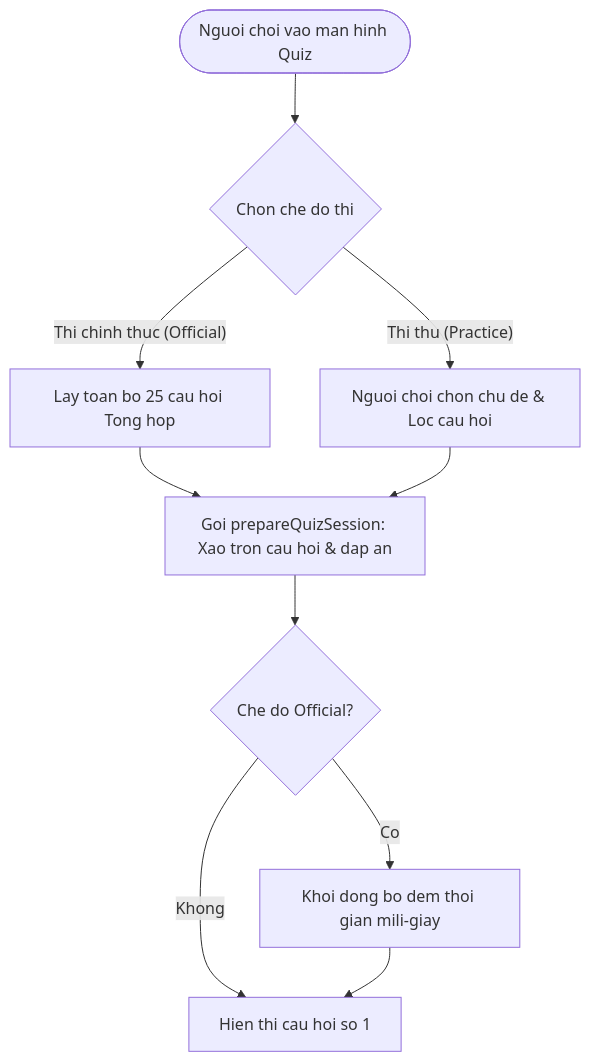
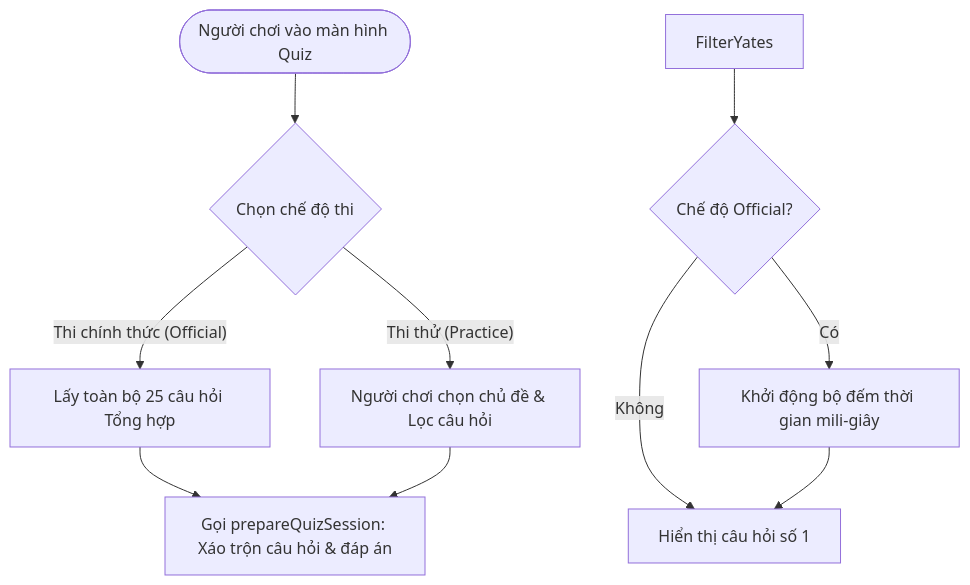
The third of 10 diagrams in MO_TA_HE_THONG.md (ZangKai2k3/dak-song-quest), drawn with Mermaid before and after one commit. The commit also changed other lines of this file and 2 other files, not shown here.

Commit message:
docs: chuyen doi toan bo file md sang tieng Viet co dau chuan chinh, khong emoji

````diff
--- a/MO_TA_HE_THONG.md
+++ b/MO_TA_HE_THONG.md
@@ -307,12 +307,12 @@
 ```mermaid
 flowchart TD
-    StartB([Nguoi choi vao man hinh Quiz]) --> ChooseMode{Chon che do thi}
-    ChooseMode -- "Thi chinh thuc (Official)" --> LoadAllQuestions[Lay toan bo 25 cau hoi Tong hop]
-    ChooseMode -- "Thi thu (Practice)" --> FilterCategory[Nguoi choi chon chu de & Loc cau hoi]
-    LoadAllQuestions --> FisherYates[Goi prepareQuizSession: Xao tron cau hoi & dap an]
+    StartB(["Người chơi vào màn hình Quiz"]) --> ChooseMode{"Chọn chế độ thi"}
+    ChooseMode -- "Thi chính thức (Official)" --> LoadAllQuestions["Lấy toàn bộ 25 câu hỏi Tổng hợp"]
+    ChooseMode -- "Thi thử (Practice)" --> FilterCategory["Người chơi chọn chủ đề & Lọc câu hỏi"]
+    LoadAllQuestions --> FisherYates["Gọi prepareQuizSession: Xáo trộn câu hỏi & đáp án"]
     FilterCategory --> FisherYates
-    FisherYates --> StartTimer{Che do Official?}
-    StartTimer -- Co --> RunTimer[Khoi dong bo dem thoi gian mili-giay]
-    StartTimer -- Khong --> ShowQ1[Hien thi cau hoi so 1]
+    FilterYates --> StartTimer{"Chế độ Official?"}
+    StartTimer -- "Có" --> RunTimer["Khởi động bộ đếm thời gian mili-giây"]
+    StartTimer -- "Không" --> ShowQ1["Hiển thị câu hỏi số 1"]
     RunTimer --> ShowQ1
 ```
````
